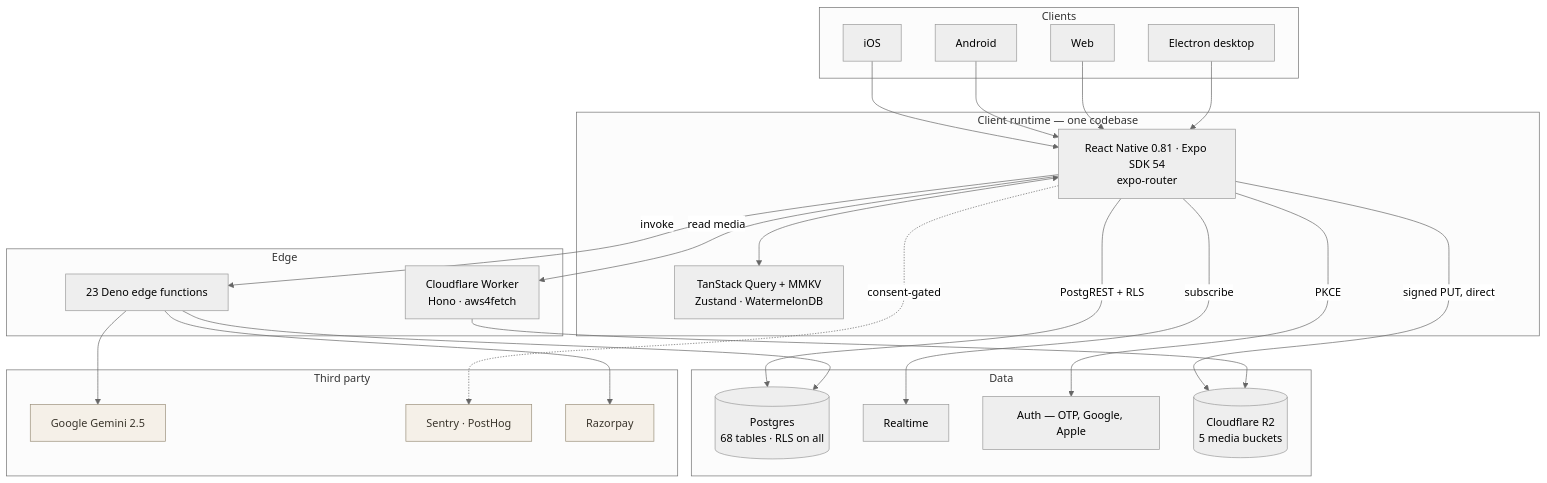
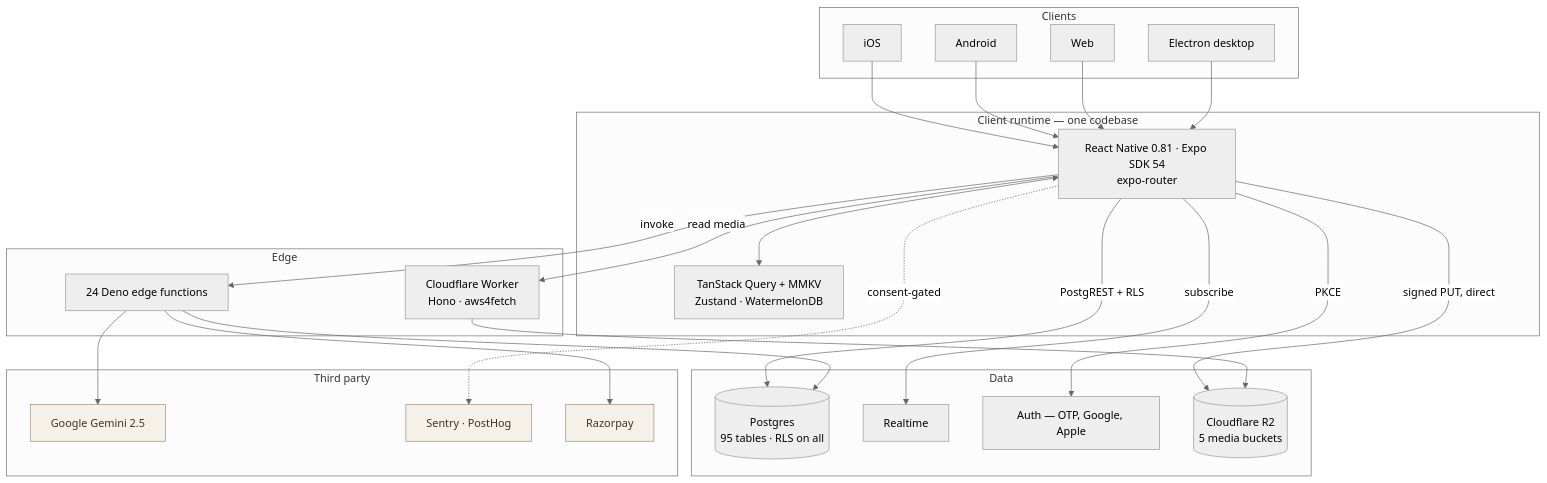
One commit to Ak2556/echo-mobile changed the first of 7 diagrams in README.md. Above: the diagram before and after it, drawn with Mermaid (neutral theme). The commit also changed other lines of this file, not shown here.

````diff
--- a/README.md
+++ b/README.md
@@ -154,49 +155,49 @@
 ```mermaid
 flowchart TB
     subgraph Clients
         IOS["iOS"]
         AND["Android"]
         WEB["Web"]
         MAC["Electron desktop"]
     end
 
     subgraph Client_Runtime["Client runtime — one codebase"]
         RN["React Native 0.81 · Expo SDK 54<br/>expo-router"]
         STATE["TanStack Query + MMKV<br/>Zustand · WatermelonDB"]
     end
 
     subgraph Edge["Edge"]
         WORKER["Cloudflare Worker<br/>Hono · aws4fetch"]
-        FUNCS["23 Deno edge functions"]
+        FUNCS["24 Deno edge functions"]
     end
 
     subgraph Data["Data"]
-        PG[("Postgres<br/>68 tables · RLS on all")]
+        PG[("Postgres<br/>95 tables · RLS on all")]
         RT["Realtime"]
         AUTH["Auth — OTP, Google, Apple"]
         R2[("Cloudflare R2<br/>5 media buckets")]
     end
 
     subgraph External["Third party"]
         GEM["Google Gemini 2.5"]
         SENTRY["Sentry · PostHog"]
         PAY["Razorpay"]
     end
 
     IOS & AND & WEB & MAC --> RN
     RN <--> STATE
     RN -->|"PostgREST + RLS"| PG
     RN -->|"subscribe"| RT
     RN -->|"PKCE"| AUTH
     RN -->|"signed PUT, direct"| R2
     RN -->|"read media"| WORKER
     RN -->|"invoke"| FUNCS
     WORKER --> R2
     FUNCS --> PG
     FUNCS --> GEM
     FUNCS --> PAY
     RN -.->|"consent-gated"| SENTRY
 
     classDef ext fill:#f5f0e8,stroke:#9a8f7a,color:#3a352c
     class GEM,SENTRY,PAY ext
 ```
````
